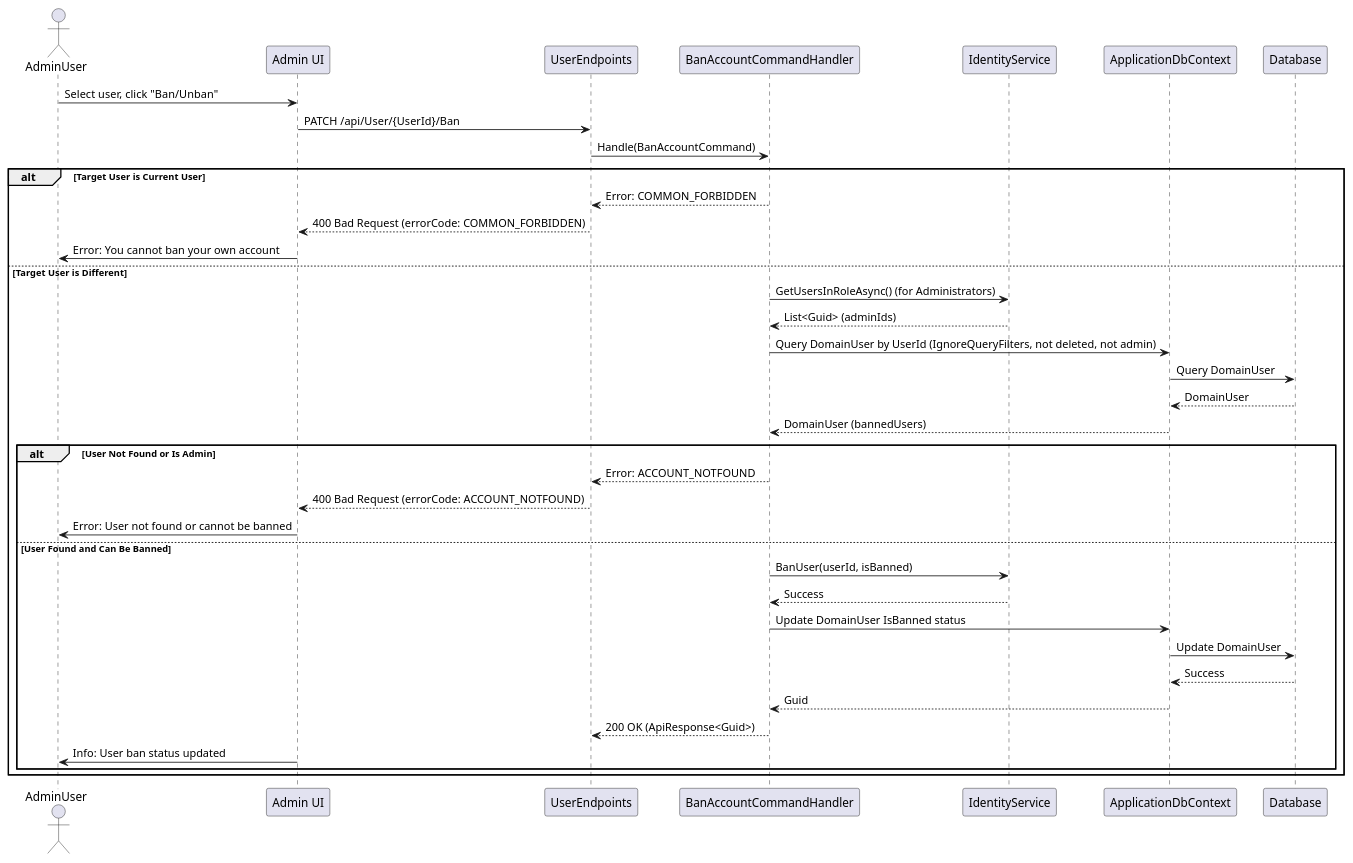
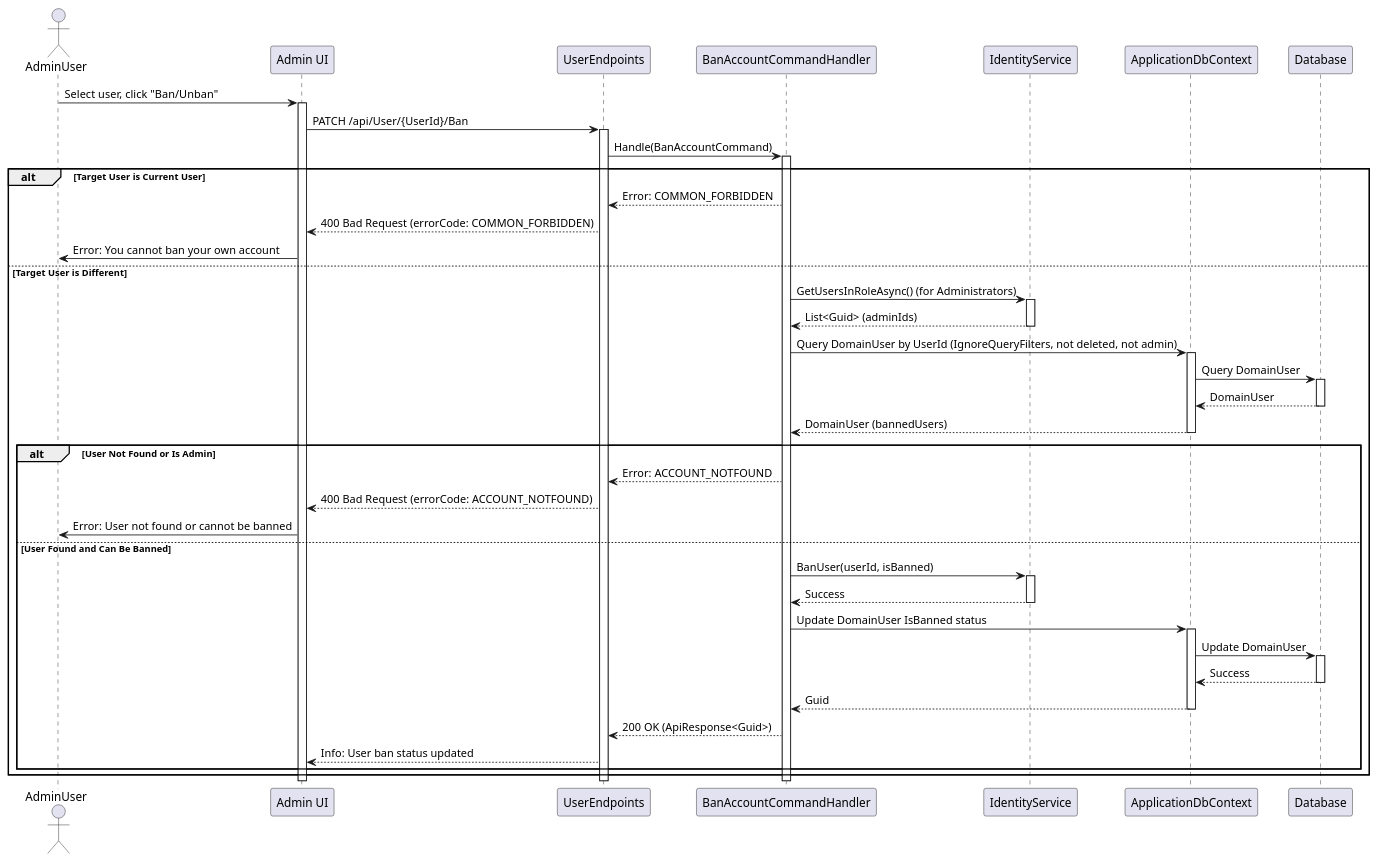
One commit to thanhkhac/SEP_Diagram changed the diagram in Users/Sequence/BanAccountCommand.puml. Above: the diagram before and after it, drawn with PlantUML. The commit also changed 52 other files, not shown here.

Commit message:
Add UI activation/deactivation to sequence diagrams

```diff
--- a/Users/Sequence/BanAccountCommand.puml
+++ b/Users/Sequence/BanAccountCommand.puml
@@ -1,39 +1,57 @@
 @startuml
 actor AdminUser
 participant "Admin UI" as UI
 participant UserEndpoints
 participant BanAccountCommandHandler as Handler
 participant IdentityService
 participant ApplicationDbContext
 participant Database
 
 AdminUser -> UI : Select user, click "Ban/Unban"
+activate UI
 UI -> UserEndpoints : PATCH /api/User/{UserId}/Ban
+activate UserEndpoints
 UserEndpoints -> Handler : Handle(BanAccountCommand)
+activate Handler
 alt Target User is Current User
     Handler --> UserEndpoints : Error: COMMON_FORBIDDEN
     UserEndpoints --> UI : 400 Bad Request (errorCode: COMMON_FORBIDDEN)
     UI -> AdminUser : Error: You cannot ban your own account
 else Target User is Different
     Handler -> IdentityService : GetUsersInRoleAsync() (for Administrators)
+    activate IdentityService
     IdentityService --> Handler : List<Guid> (adminIds)
+    deactivate IdentityService
     Handler -> ApplicationDbContext : Query DomainUser by UserId (IgnoreQueryFilters, not deleted, not admin)
+    activate ApplicationDbContext
     ApplicationDbContext -> Database : Query DomainUser
+    activate Database
     Database --> ApplicationDbContext : DomainUser
+    deactivate Database
     ApplicationDbContext --> Handler : DomainUser (bannedUsers)
+    deactivate ApplicationDbContext
     alt User Not Found or Is Admin
         Handler --> UserEndpoints : Error: ACCOUNT_NOTFOUND
         UserEndpoints --> UI : 400 Bad Request (errorCode: ACCOUNT_NOTFOUND)
         UI -> AdminUser : Error: User not found or cannot be banned
     else User Found and Can Be Banned
         Handler -> IdentityService : BanUser(userId, isBanned)
+        activate IdentityService
         IdentityService --> Handler : Success
+        deactivate IdentityService
         Handler -> ApplicationDbContext : Update DomainUser IsBanned status
+        activate ApplicationDbContext
         ApplicationDbContext -> Database : Update DomainUser
+        activate Database
         Database --> ApplicationDbContext : Success
+        deactivate Database
         ApplicationDbContext --> Handler : Guid
+        deactivate ApplicationDbContext
         Handler --> UserEndpoints : 200 OK (ApiResponse<Guid>)
-        UI -> AdminUser : Info: User ban status updated
+        UserEndpoints --> UI : Info: User ban status updated
     end
 end
+deactivate Handler
+deactivate UserEndpoints
+deactivate UI
 @enduml
```
